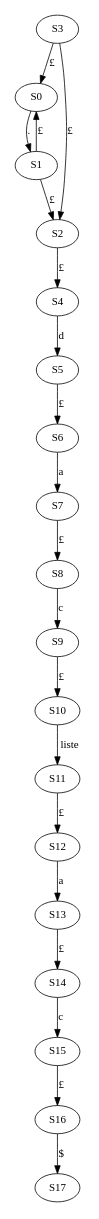
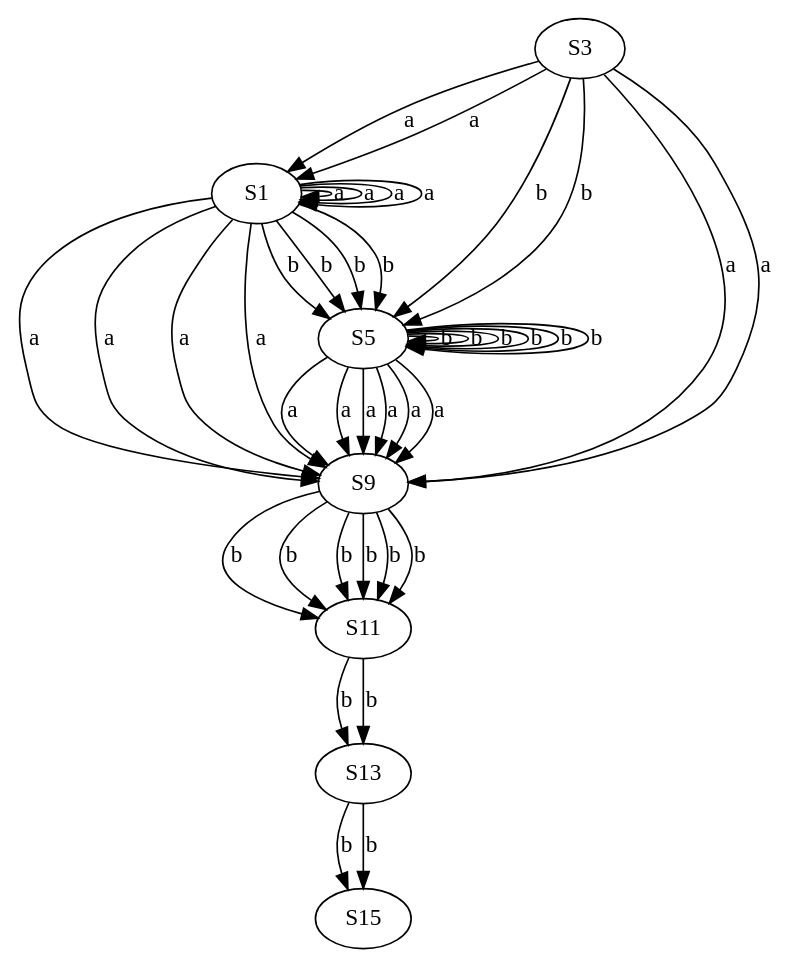
The diagram in test.dot (MaximeBonnet27/EGrep), drawn with Graphviz before and after one commit. The commit also changed other lines of this file and 8 other files, not shown here.

```diff
--- a/test.dot
+++ b/test.dot
@@ -1,21 +1,42 @@
 digraph automate{
-size="8,10";S0 -> S1[color=black, style=solid, label="."];
-S1 -> S0[color=black, style=solid, label="£"];
-S1 -> S2[color=black, style=solid, label="£"];
-S3 -> S2[color=black, style=solid, label="£"];
-S3 -> S0[color=black, style=solid, label="£"];
-S2 -> S4[color=black, style=solid, label="£"];
-S4 -> S5[color=black, style=solid, label="d"];
-S5 -> S6[color=black, style=solid, label="£"];
-S6 -> S7[color=black, style=solid, label="a"];
-S7 -> S8[color=black, style=solid, label="£"];
-S8 -> S9[color=black, style=solid, label="c"];
-S9 -> S10[color=black, style=solid, label="£"];
-S10 -> S11[color=black, style=solid, label="liste"];
-S11 -> S12[color=black, style=solid, label="£"];
-S12 -> S13[color=black, style=solid, label="a"];
-S13 -> S14[color=black, style=solid, label="£"];
-S14 -> S15[color=black, style=solid, label="c"];
-S15 -> S16[color=black, style=solid, label="£"];
-S16 -> S17[color=black, style=solid, label="$"];
+size="8,10";S3 -> S1[color=black, style=solid, label="a"];
+S3 -> S5[color=black, style=solid, label="b"];
+S3 -> S9[color=black, style=solid, label="a"];
+S3 -> S1[color=black, style=solid, label="a"];
+S3 -> S5[color=black, style=solid, label="b"];
+S3 -> S9[color=black, style=solid, label="a"];
+S1 -> S1[color=black, style=solid, label="a"];
+S1 -> S5[color=black, style=solid, label="b"];
+S1 -> S9[color=black, style=solid, label="a"];
+S1 -> S1[color=black, style=solid, label="a"];
+S1 -> S5[color=black, style=solid, label="b"];
+S1 -> S9[color=black, style=solid, label="a"];
+S5 -> S5[color=black, style=solid, label="b"];
+S5 -> S9[color=black, style=solid, label="a"];
+S5 -> S5[color=black, style=solid, label="b"];
+S5 -> S9[color=black, style=solid, label="a"];
+S9 -> S11[color=black, style=solid, label="b"];
+S9 -> S11[color=black, style=solid, label="b"];
+S1 -> S1[color=black, style=solid, label="a"];
+S1 -> S5[color=black, style=solid, label="b"];
+S1 -> S9[color=black, style=solid, label="a"];
+S1 -> S1[color=black, style=solid, label="a"];
+S1 -> S5[color=black, style=solid, label="b"];
+S1 -> S9[color=black, style=solid, label="a"];
+S5 -> S5[color=black, style=solid, label="b"];
+S5 -> S9[color=black, style=solid, label="a"];
+S5 -> S5[color=black, style=solid, label="b"];
+S5 -> S9[color=black, style=solid, label="a"];
+S9 -> S11[color=black, style=solid, label="b"];
+S9 -> S11[color=black, style=solid, label="b"];
+S5 -> S5[color=black, style=solid, label="b"];
+S5 -> S9[color=black, style=solid, label="a"];
+S5 -> S5[color=black, style=solid, label="b"];
+S5 -> S9[color=black, style=solid, label="a"];
+S9 -> S11[color=black, style=solid, label="b"];
+S9 -> S11[color=black, style=solid, label="b"];
+S11 -> S13[color=black, style=solid, label="b"];
+S11 -> S13[color=black, style=solid, label="b"];
+S13 -> S15[color=black, style=solid, label="b"];
+S13 -> S15[color=black, style=solid, label="b"];
 }
```
